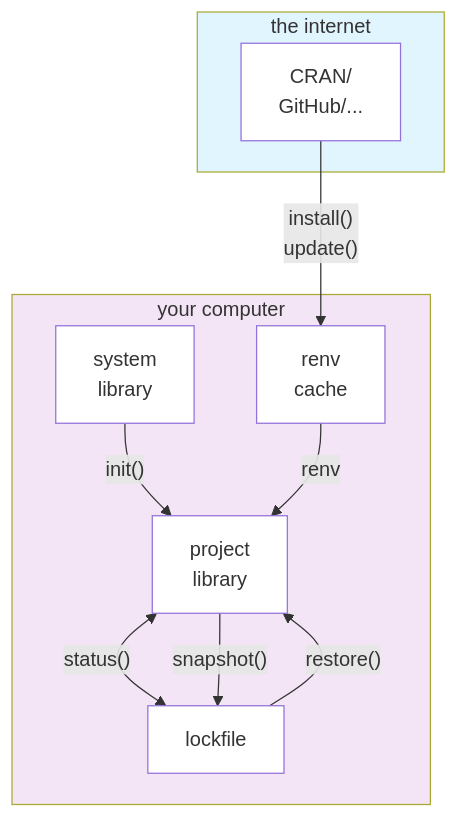
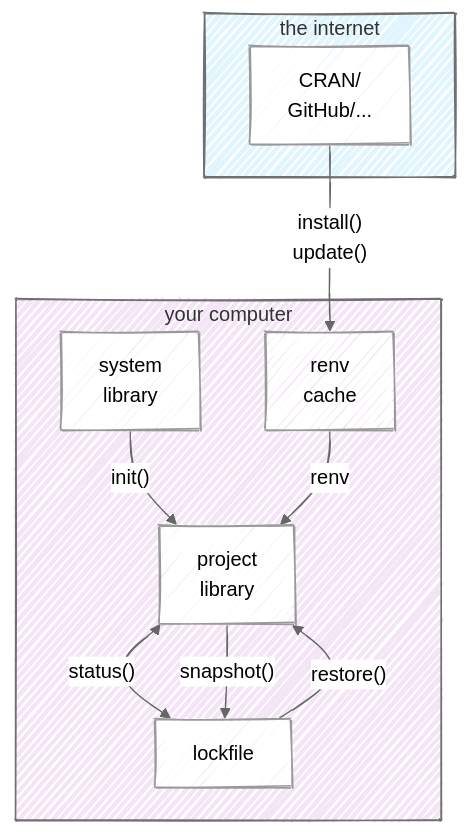
One commit to mjfrigaard/do4ds-labs changed the first of 2 diagrams in lab1.qmd. Above: the diagram before and after it, drawn with Mermaid. The commit also changed other lines of this file and 9 other files, not shown here.

Commit message:
updates to mermaid diagrams

````diff
--- a/lab1.qmd
+++ b/lab1.qmd
@@ -161,40 +161,43 @@
 ```{mermaid}
+%%| fig-cap: 'renv'
+%%| fig-align: center
+%%{init: {'theme': 'neutral', 'look': 'handDrawn', 'themeVariables': { 'fontFamily': 'monospace', "fontSize":"16px"}}}%%
 flowchart TD
     %% External sources
     CRAN["CRAN/<br/>GitHub/..."]
     
     %% Local components
     SysLib["system<br/>library"]
     ProjLib["project<br/>library"]
     RenvCache["renv<br/>cache"]
     Lockfile["lockfile"]
     
     %% Subgraph for "your computer" vs "the internet"
     subgraph Internet ["the internet"]
         CRAN
     end
     
     subgraph Computer ["your computer"]
         SysLib
         ProjLib
         RenvCache
         Lockfile
     end
     
     %% Connections with function labels
     SysLib -->|"init()"| ProjLib
     
     CRAN -->|"install()<br/>update()"| RenvCache
     RenvCache -->|"renv"| ProjLib
     
     ProjLib <-->|"status()"| Lockfile
     ProjLib -->|"snapshot()"| Lockfile
     Lockfile -->|"restore()"| ProjLib
     
     %% Styling
     style Internet fill:#e1f5fe
     style Computer fill:#f3e5f5
     
     classDef component fill:#fff
     class SysLib,ProjLib,RenvCache,Lockfile,CRAN component
 ```
````
